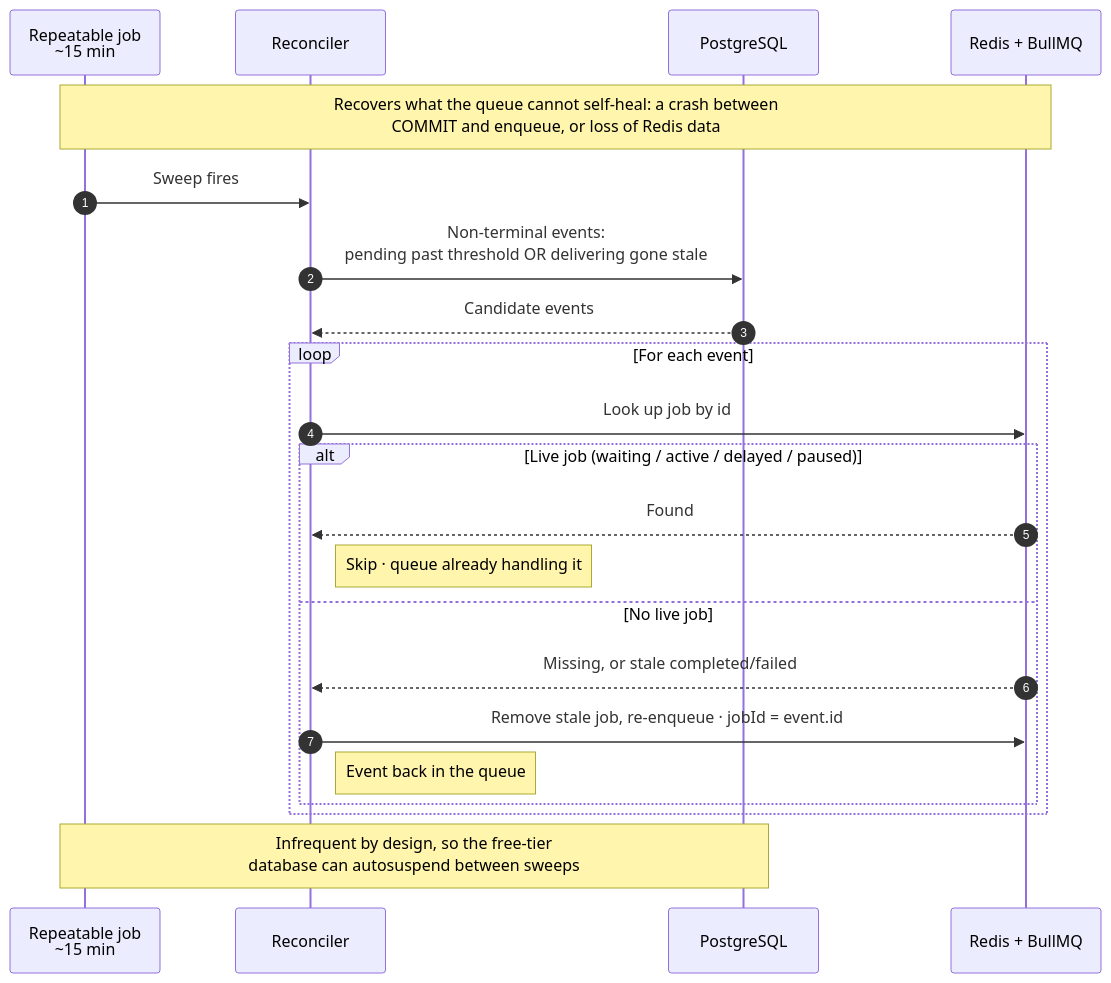
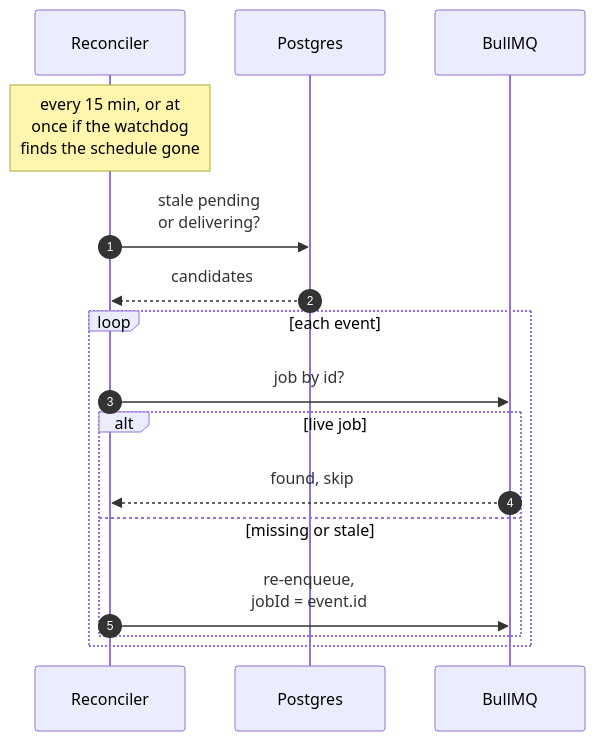
Before and after one commit to rishabh0111/rishabh0111.github.io: the fifth of 6 diagrams in _posts/blogs/2026-09-08-webhook-delivery-engine.md, drawn with Mermaid. The commit also changed other lines of this file, not shown here.

First line of the commit message:
blog(webhook-delivery-engine): phone-sized diagrams

````diff
--- a/_posts/blogs/2026-09-08-webhook-delivery-engine.md
+++ b/_posts/blogs/2026-09-08-webhook-delivery-engine.md
@@ -295,24 +283,18 @@
 ```mermaid
 sequenceDiagram
     autonumber
-    participant S as Repeatable job<br/>~15 min
     participant RC as Reconciler
-    participant DB as PostgreSQL
-    participant Q as Redis + BullMQ
-    Note over S,Q: Recovers what the queue cannot self-heal: a crash between<br/>COMMIT and enqueue, or loss of Redis data
-    S->>RC: Sweep fires
-    RC->>DB: Non-terminal events:<br/>pending past threshold OR delivering gone stale
-    DB-->>RC: Candidate events
-    loop For each event
-        RC->>Q: Look up job by id
-        alt Live job (waiting / active / delayed / paused)
-            Q-->>RC: Found
-            Note right of RC: Skip · queue already handling it
-        else No live job
-            Q-->>RC: Missing, or stale completed/failed
-            RC->>Q: Remove stale job, re-enqueue · jobId = event.id
-            Note right of RC: Event back in the queue
+    participant DB as Postgres
+    participant Q as BullMQ
+    Note over RC: every 15 min, or at<br/>once if the watchdog<br/>finds the schedule gone
+    RC->>DB: stale pending<br/>or delivering?
+    DB-->>RC: candidates
+    loop each event
+        RC->>Q: job by id?
+        alt live job
+            Q-->>RC: found, skip
+        else missing or stale
+            RC->>Q: re-enqueue,<br/>jobId = event.id
         end
     end
-    Note over S,DB: Infrequent by design, so the free-tier<br/>database can autosuspend between sweeps
 ```
````
